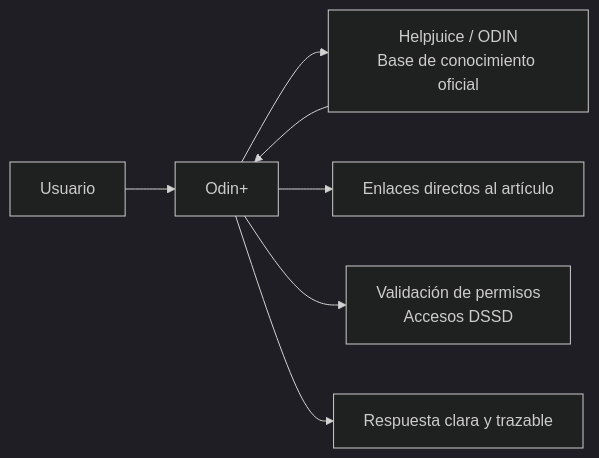
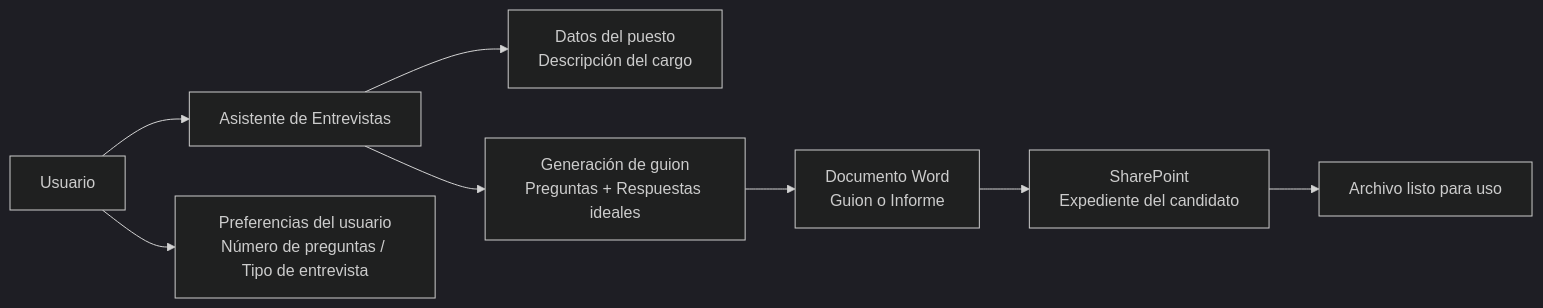
The first of 2 diagrams in README.md (lab-innovacion-caf/Agentes), drawn with Mermaid (dark theme) before and after one commit. The commit also changed other lines of this file, not shown here.

````diff
--- a/README.md
+++ b/README.md
@@ -113,9 +132,10 @@
 ```mermaid
 flowchart LR
-    U[Usuario] --> O[Odin+]
-    O --> KB[Helpjuice / ODIN<br>Base de conocimiento oficial]
-    O --> L[Enlaces directos al artículo]
-    O --> A[Validación de permisos<br>Accesos DSSD]
-    KB --> O
-    O --> U2[Respuesta clara y trazable]
+    U[Usuario] --> A[Asistente de Entrevistas]
+    A --> D[Datos del puesto<br>Descripción del cargo]
+    U --> P[Preferencias del usuario<br>Número de preguntas / Tipo de entrevista]
+    A --> G[Generación de guion<br>Preguntas + Respuestas ideales]
+    G --> W[Documento Word<br>Guion o Informe]
+    W --> SP[SharePoint<br>Expediente del candidato]
+    SP --> U2[Archivo listo para uso]
 ```
````
